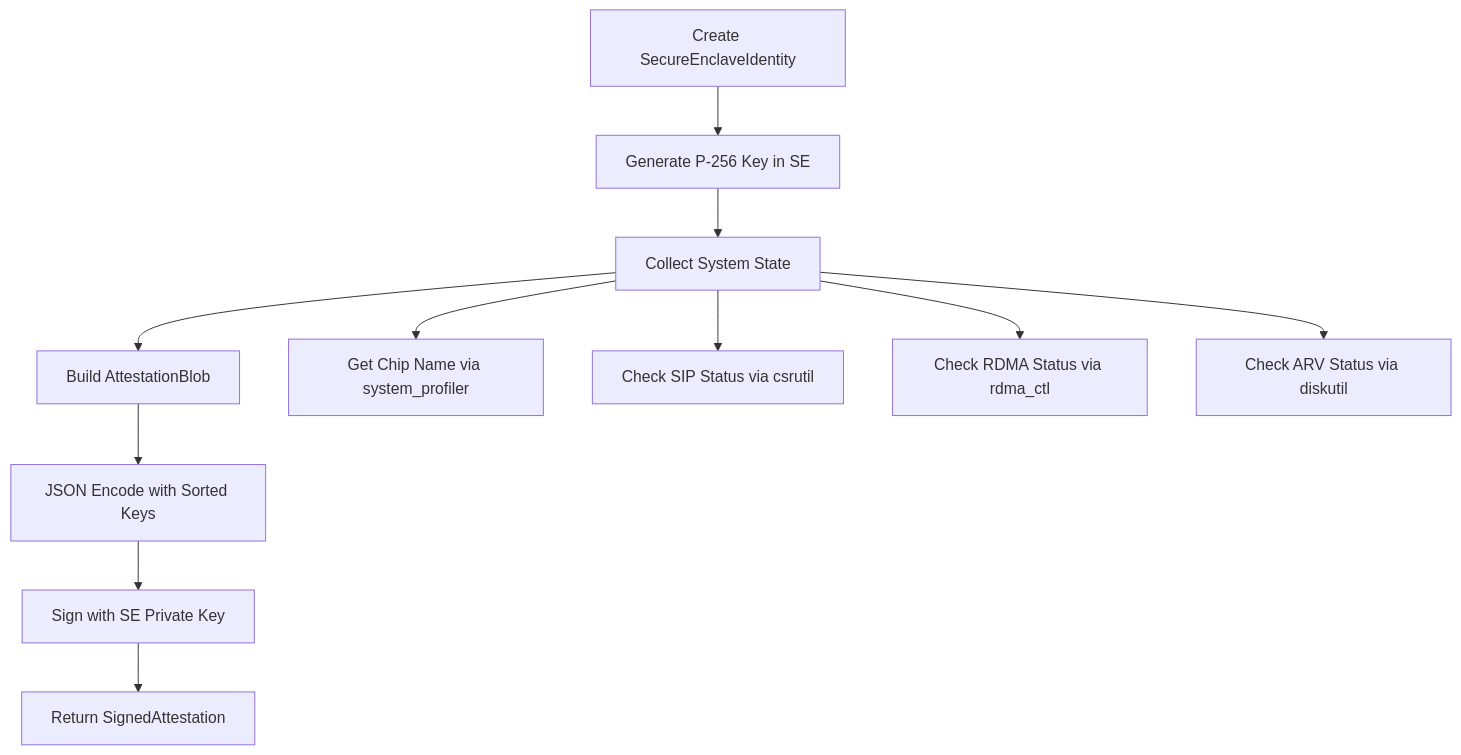
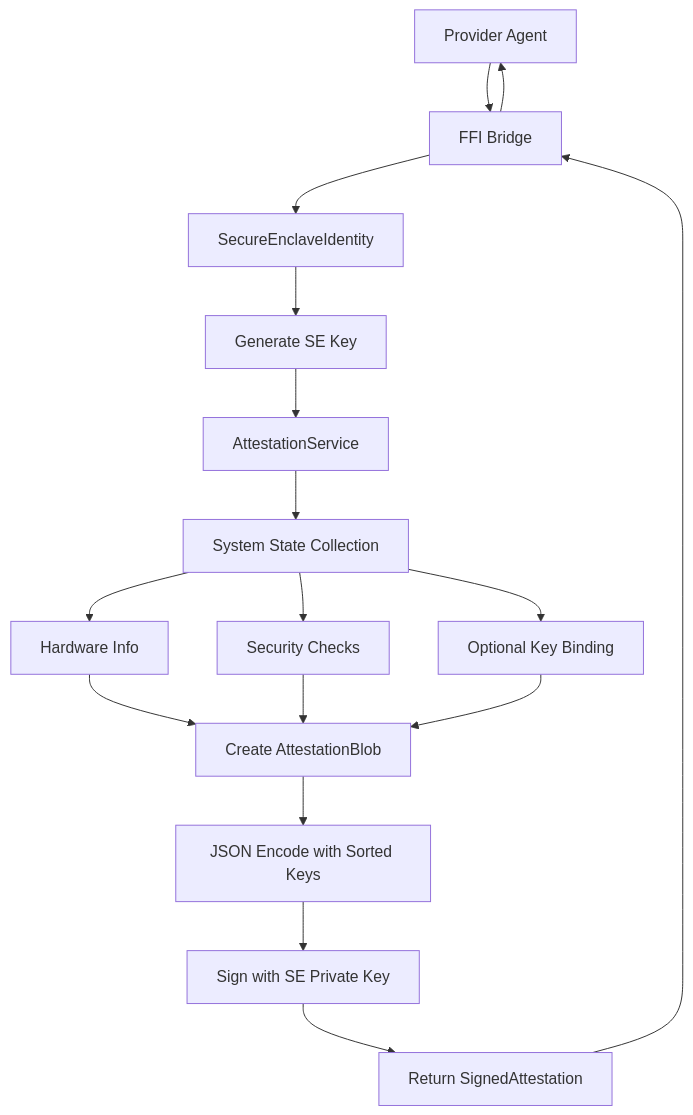
Before and after one commit to researchoors/knowledge-maintenance: the first of 2 diagrams in artifacts/d-inference/service_analyses/EigenInferenceEnclave.md, drawn with Mermaid. The commit also changed other lines of this file and 23 other files, not shown here.

````diff
--- a/artifacts/d-inference/service_analyses/EigenInferenceEnclave.md
+++ b/artifacts/d-inference/service_analyses/EigenInferenceEnclave.md
@@ -70,14 +63,19 @@
 ```mermaid
-graph TD
-    A[Create SecureEnclaveIdentity] --> B[Generate P-256 Key in SE]
-    B --> C[Collect System State]
-    C --> D[Build AttestationBlob]
-    D --> E[JSON Encode with Sorted Keys]
-    E --> F[Sign with SE Private Key]
-    F --> G[Return SignedAttestation]
-    
-    C --> C1[Get Chip Name via system_profiler]
-    C --> C2[Check SIP Status via csrutil]
-    C --> C3[Check RDMA Status via rdma_ctl]
-    C --> C4[Check ARV Status via diskutil]
+flowchart TD
+    A[Provider Agent] --> B[FFI Bridge]
+    B --> C[SecureEnclaveIdentity]
+    C --> D[Generate SE Key]
+    D --> E[AttestationService]
+    E --> F[System State Collection]
+    F --> G[Hardware Info]
+    F --> H[Security Checks]
+    F --> I[Optional Key Binding]
+    G --> J[Create AttestationBlob]
+    H --> J
+    I --> J
+    J --> K[JSON Encode with Sorted Keys]
+    K --> L[Sign with SE Private Key]
+    L --> M[Return SignedAttestation]
+    M --> B
+    B --> A
 ```
````
